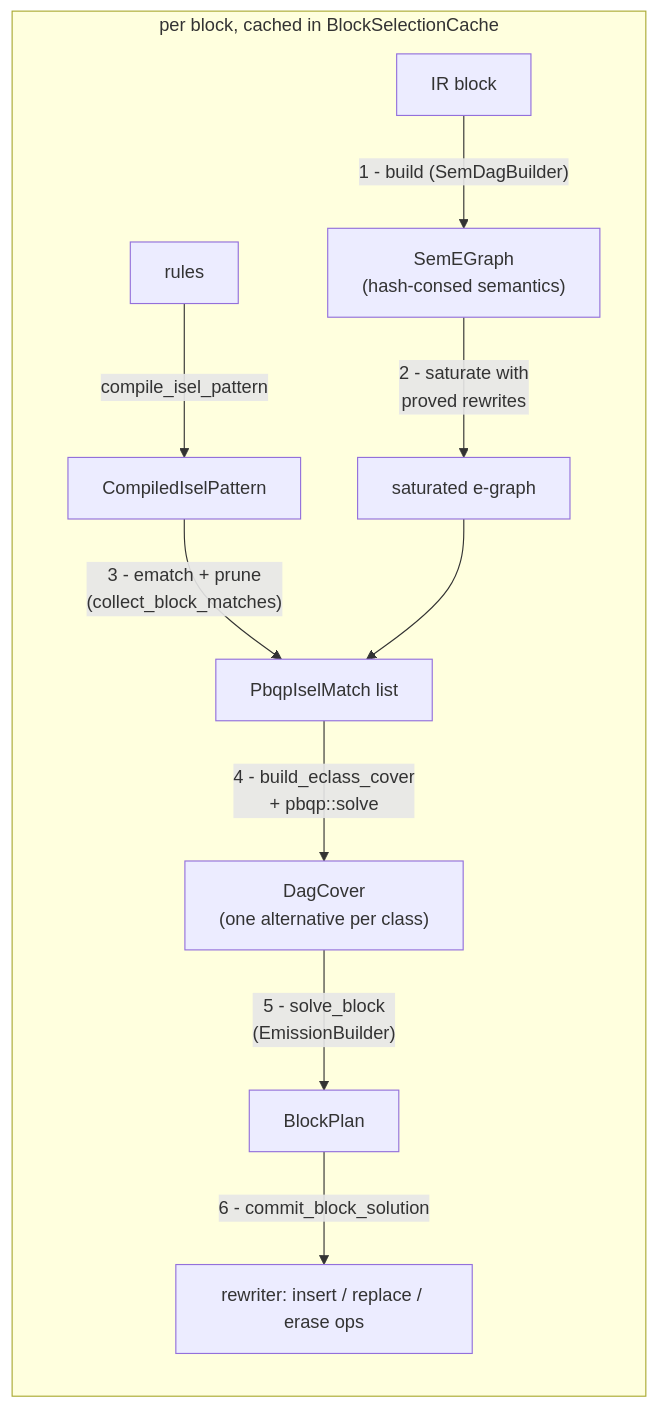
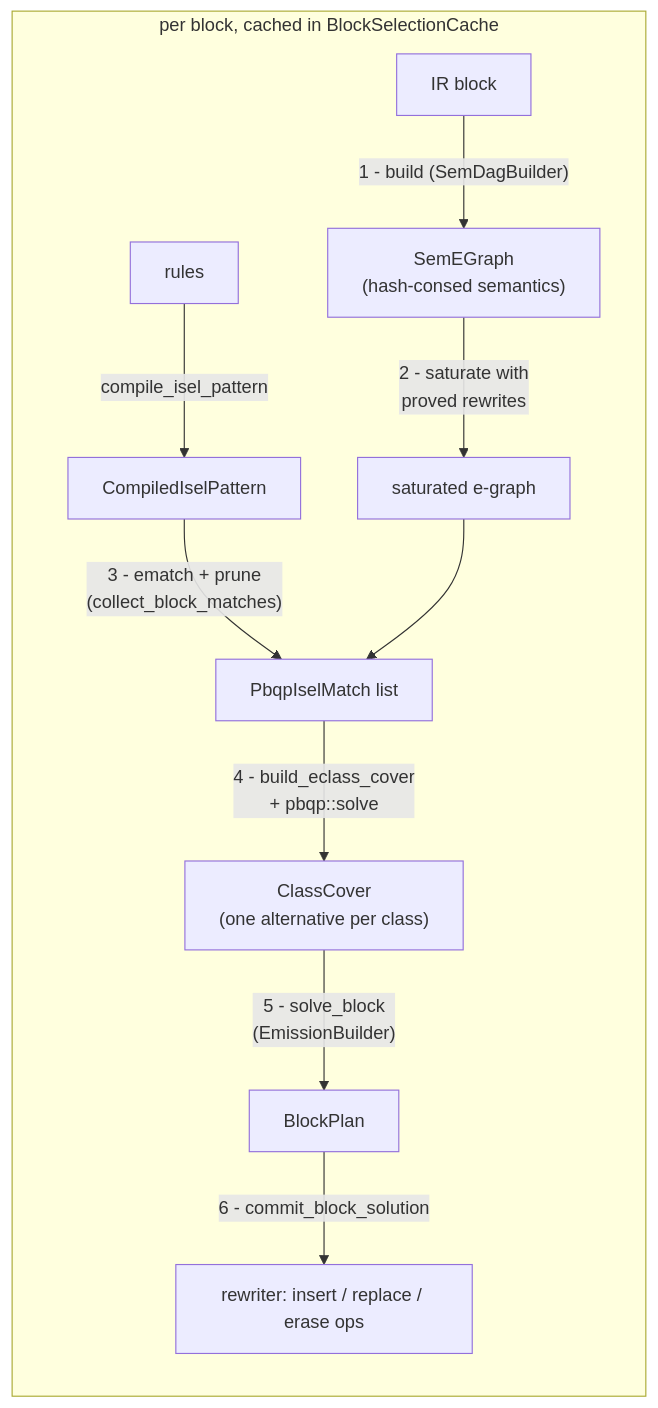
The diagram in docs/design/instruction_selection.md (alexbatashev/tir), drawn with Mermaid before and after one commit. The commit also changed other lines of this file and 4 other files, not shown here.

````diff
--- a/docs/design/instruction_selection.md
+++ b/docs/design/instruction_selection.md
@@ -27,13 +27,13 @@
 ```mermaid
 flowchart LR
     subgraph per_block["per block, cached in BlockSelectionCache"]
         ir["IR block"] -->|"1 - build (SemDagBuilder)"| eg["SemEGraph\n(hash-consed semantics)"]
         eg -->|"2 - saturate with\nproved rewrites"| sat["saturated e-graph"]
         rules["rules"] -->|compile_isel_pattern| pats["CompiledIselPattern"]
         pats -->|"3 - ematch + prune\n(collect_block_matches)"| matches["PbqpIselMatch list"]
         sat --> matches
-        matches -->|"4 - build_eclass_cover\n+ pbqp::solve"| cover["DagCover\n(one alternative per class)"]
+        matches -->|"4 - build_eclass_cover\n+ pbqp::solve"| cover["ClassCover\n(one alternative per class)"]
         cover -->|"5 - solve_block\n(EmissionBuilder)"| plan["BlockPlan"]
         plan -->|"6 - commit_block_solution"| out["rewriter: insert / replace / erase ops"]
     end
 ```
````
